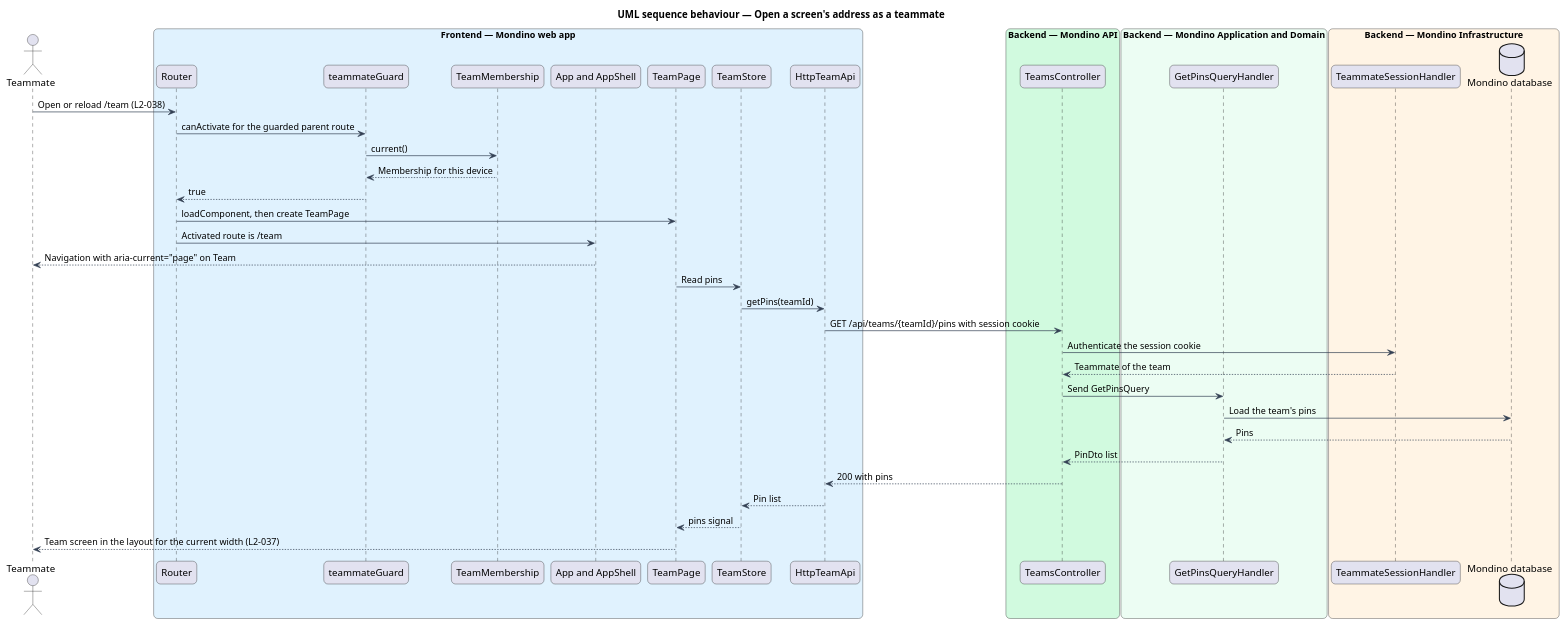
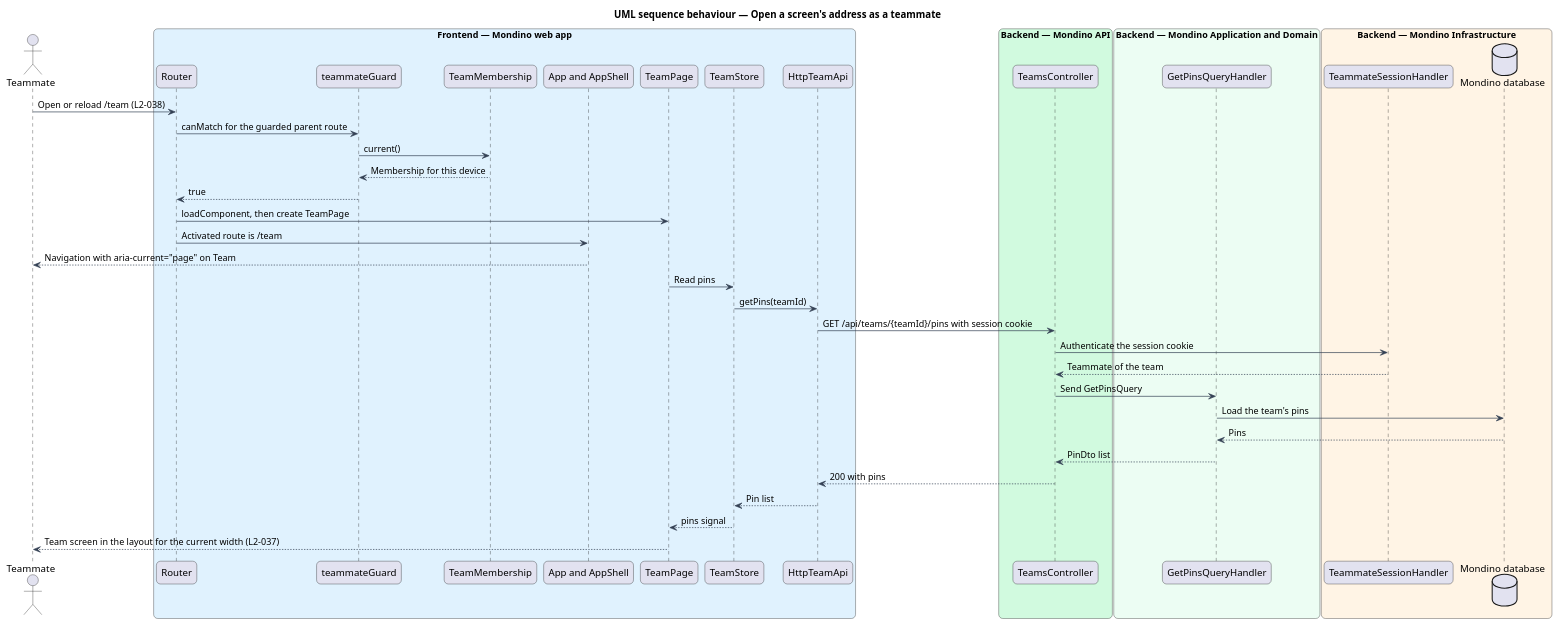
Before and after one commit to QuinntyneBrown/Mondino: the diagram in docs/detailed-designs/platform/adapt-to-every-width/diagrams/sequence-open-address-as-teammate.puml, drawn with PlantUML. The commit also changed 4 other files, not shown here.

```diff
--- a/docs/detailed-designs/platform/adapt-to-every-width/diagrams/sequence-open-address-as-teammate.puml
+++ b/docs/detailed-designs/platform/adapt-to-every-width/diagrams/sequence-open-address-as-teammate.puml
@@ -1,58 +1,58 @@
 @startuml
 title UML sequence behaviour — Open a screen's address as a teammate
 skinparam backgroundColor #FFFFFF
 skinparam shadowing false
 skinparam roundcorner 12
 skinparam defaultFontName Arial
 skinparam ArrowColor #344054
 skinparam rectangle {
   BorderColor #344054
   FontColor #101828
 }
 skinparam package {
   BorderColor #667085
   FontColor #101828
   BackgroundColor #F9FAFB
 }
 actor "Teammate" as actor
 box "Frontend — Mondino web app" #E0F2FE
   participant "Router" as router
   participant "teammateGuard" as guard
   participant "TeamMembership" as membership
   participant "App and AppShell" as shell
   participant "TeamPage" as page
   participant "TeamStore" as store
   participant "HttpTeamApi" as client
 end box
 box "Backend — Mondino API" #D1FADF
   participant "TeamsController" as controller
 end box
 box "Backend — Mondino Application and Domain" #ECFDF3
   participant "GetPinsQueryHandler" as handler
 end box
 box "Backend — Mondino Infrastructure" #FFF4E5
   participant "TeammateSessionHandler" as session
   database "Mondino database" as db
 end box
 actor -> router : Open or reload /team (L2-038)
-router -> guard : canActivate for the guarded parent route
+router -> guard : canMatch for the guarded parent route
 guard -> membership : current()
 membership --> guard : Membership for this device
 guard --> router : true
 router -> page : loadComponent, then create TeamPage
 router -> shell : Activated route is /team
 shell --> actor : Navigation with aria-current="page" on Team
 page -> store : Read pins
 store -> client : getPins(teamId)
 client -> controller : GET /api/teams/{teamId}/pins with session cookie
 controller -> session : Authenticate the session cookie
 session --> controller : Teammate of the team
 controller -> handler : Send GetPinsQuery
 handler -> db : Load the team's pins
 db --> handler : Pins
 handler --> controller : PinDto list
 controller --> client : 200 with pins
 client --> store : Pin list
 store --> page : pins signal
 page --> actor : Team screen in the layout for the current width (L2-037)
 @enduml
```
